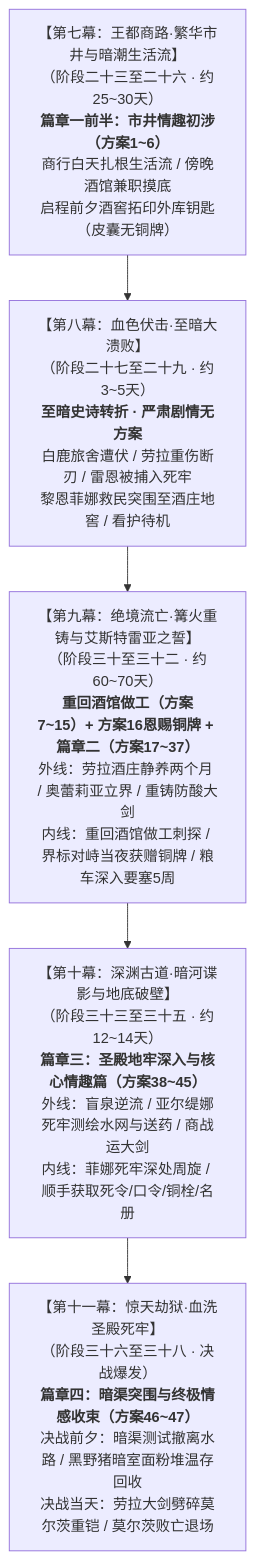
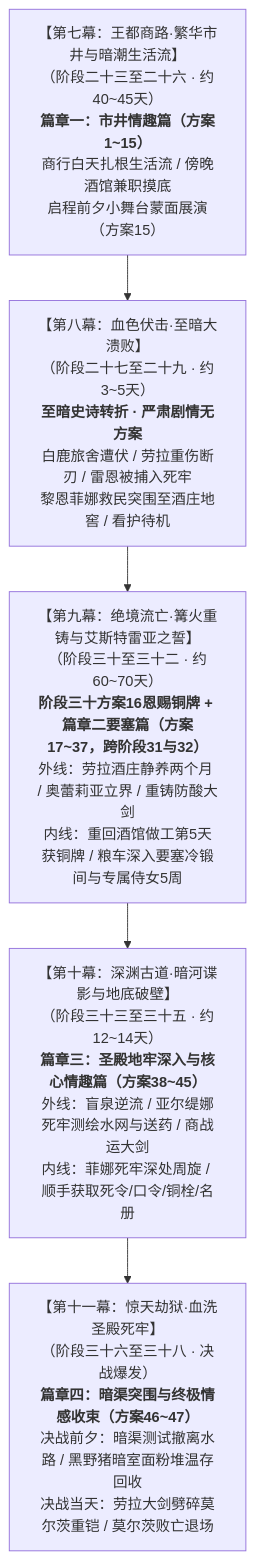
One commit to soranokiseki1437/eldoria-worldbook changed the diagram in 方案/第二部/莫尔茨NSFW/莫尔茨NSFW剧情融入主线架构方案.md. Above: the diagram before and after it, drawn with Mermaid. The commit also changed other lines of this file and 18 other files, not shown here.

````diff
--- a/方案/第二部/莫尔茨NSFW/莫尔茨NSFW剧情融入主线架构方案.md
+++ b/方案/第二部/莫尔茨NSFW/莫尔茨NSFW剧情融入主线架构方案.md
@@ -21,14 +21,14 @@
 ```mermaid
 graph TD
-    M7["【第七幕：王都商路·繁华市井与暗潮生活流】<br/>（阶段二十三至二十六 · 约25~30天）<br/><b>篇章一前半：市井情趣初涉（方案1~6）</b><br/>商行白天扎根生活流 / 傍晚酒馆兼职摸底<br/>启程前夕酒窖拓印外库钥匙（皮囊无铜牌）"]
+    M7["【第七幕：王都商路·繁华市井与暗潮生活流】<br/>（阶段二十三至二十六 · 约40~45天）<br/><b>篇章一：市井情趣篇（方案1~15）</b><br/>商行白天扎根生活流 / 傍晚酒馆兼职摸底<br/>启程前夕小舞台蒙面展演（方案15）"]
     
     M8["【第八幕：血色伏击·至暗大溃败】<br/>（阶段二十七至二十九 · 约3~5天）<br/><b>至暗史诗转折 · 严肃剧情无方案</b><br/>白鹿旅舍遭伏 / 劳拉重伤断刃 / 雷恩被捕入死牢<br/>黎恩菲娜救民突围至酒庄地窖 / 看护待机"]
     
-    M9["【第九幕：绝境流亡·篝火重铸与艾斯特雷亚之誓】<br/>（阶段三十至三十二 · 约60~70天）<br/><b>重回酒馆做工（方案7~15）+ 方案16恩赐铜牌 + 篇章二（方案17~37）</b><br/>外线：劳拉酒庄静养两个月 / 奥蕾莉亚立界 / 重铸防酸大剑<br/>内线：重回酒馆做工刺探 / 界标对峙当夜获赠铜牌 / 粮车深入要塞5周"]
+    M9["【第九幕：绝境流亡·篝火重铸与艾斯特雷亚之誓】<br/>（阶段三十至三十二 · 约60~70天）<br/><b>阶段三十方案16恩赐铜牌 + 篇章二要塞篇（方案17~37，跨阶段31与32）</b><br/>外线：劳拉酒庄静养两个月 / 奥蕾莉亚立界 / 重铸防酸大剑<br/>内线：重回酒馆做工第5天获铜牌 / 粮车深入要塞冷锻间与专属侍女5周"]
     
     M10["【第十幕：深渊古道·暗河谍影与地底破壁】<br/>（阶段三十三至三十五 · 约12~14天）<br/><b>篇章三：圣殿地牢深入与核心情趣篇（方案38~45）</b><br/>外线：盲泉逆流 / 亚尔缇娜死牢测绘水网与送药 / 商战运大剑<br/>内线：菲娜死牢深处周旋 / 顺手获取死令/口令/铜栓/名册"]
     
     M11["【第十一幕：惊天劫狱·血洗圣殿死牢】<br/>（阶段三十六至三十八 · 决战爆发）<br/><b>篇章四：暗渠突围与终极情感收束（方案46~47）</b><br/>决战前夕：暗渠测试撤离水路 / 黑野猪暗室面粉堆温存回收<br/>决战当天：劳拉大剑劈碎莫尔茨重铠 / 莫尔茨败亡退场"]
 
     M7 --> M8 --> M9 --> M10 --> M11
 ```
````
